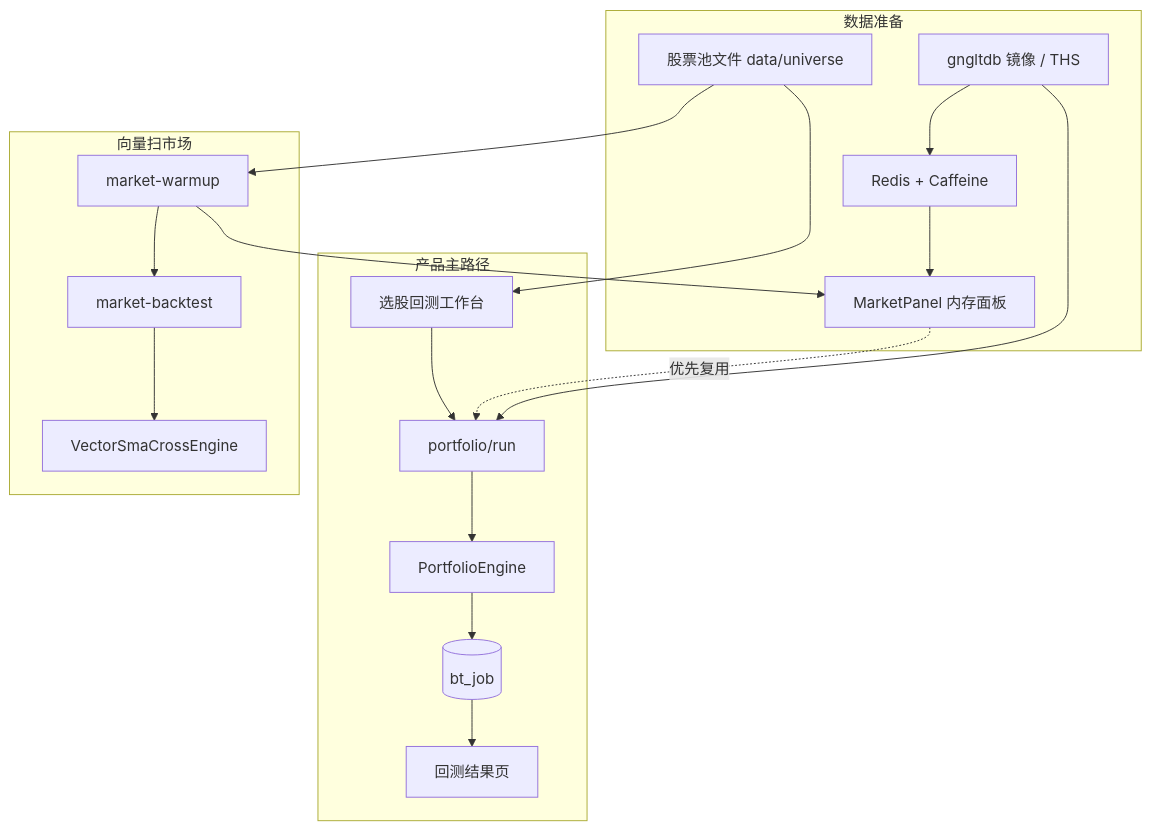
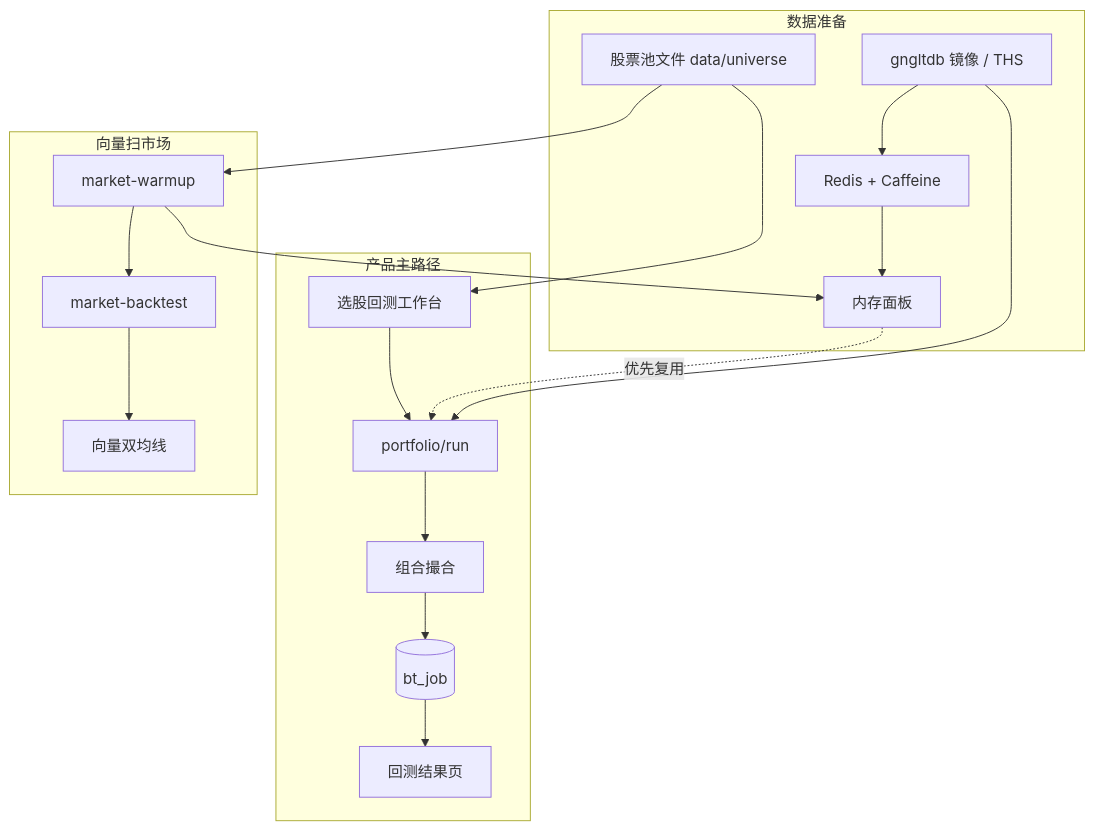
Before and after one commit to Saka9527/gaoneng-quant: the diagram in backtest/flow.mdx, drawn with Mermaid. The commit also changed other lines of this file and 102 other files, not shown here.

````diff
--- a/backtest/flow.mdx
+++ b/backtest/flow.mdx
@@ -26,34 +24,34 @@
 ```mermaid
 flowchart TB
   subgraph prep [数据准备]
     U[股票池文件 data/universe]
     M[gngltdb 镜像 / THS]
     R[Redis + Caffeine]
-    P[MarketPanel 内存面板]
+    P[内存面板]
   end
 
   subgraph product [产品主路径]
     UI[选股回测工作台]
     PF[portfolio/run]
-    PE[PortfolioEngine]
+    PE[组合撮合]
     JOB[(bt_job)]
     RS[回测结果页]
   end
 
   subgraph vector [向量扫市场]
     WU[market-warmup]
     MB[market-backtest]
-    VE[VectorSmaCrossEngine]
+    VE[向量双均线]
   end
 
   U --> UI
   U --> WU
   M --> R
   R --> P
   WU --> P
   UI --> PF
   P -.->|优先复用| PF
   M --> PF
   PF --> PE --> JOB --> RS
   WU --> MB --> VE
 ```
````
